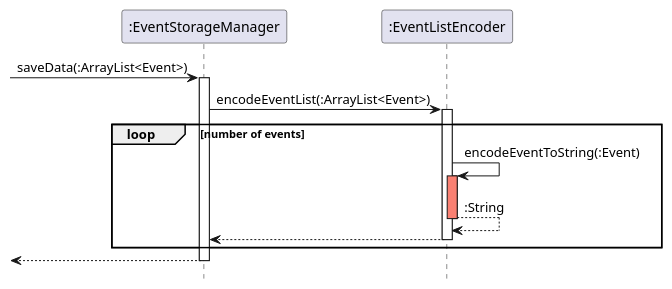
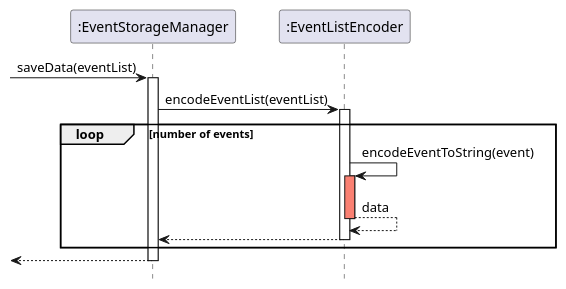
The diagram in docs/plantuml/EventStorageSaveSequence.puml (untitle4/tp), drawn with PlantUML before and after one commit. The commit also changed 4 other files, not shown here.

Commit message:
Update diagrams

```diff
--- a/docs/plantuml/EventStorageSaveSequence.puml
+++ b/docs/plantuml/EventStorageSaveSequence.puml
@@ -1,20 +1,20 @@
 @startuml
 hide footbox
 
--> ":EventStorageManager" : saveData(:ArrayList<Event>)
+-> ":EventStorageManager" : saveData(eventList)
 activate ":EventStorageManager"
-":EventStorageManager" -> ":EventListEncoder" : encodeEventList(:ArrayList<Event>)
+":EventStorageManager" -> ":EventListEncoder" : encodeEventList(eventList)
 activate ":EventListEncoder"
 
 loop number of events
-":EventListEncoder" -> ":EventListEncoder" : encodeEventToString(:Event)
+":EventListEncoder" -> ":EventListEncoder" : encodeEventToString(event)
 activate ":EventListEncoder" #salmon
-":EventListEncoder" --> ":EventListEncoder" : :String
+":EventListEncoder" --> ":EventListEncoder" : data
 deactivate ":EventListEncoder"
 ":EventListEncoder" --> ":EventStorageManager"
 deactivate ":EventListEncoder"
 end loop
 <-- ":EventStorageManager"
 deactivate ":EventStorageManager"
 
 @enduml
```
